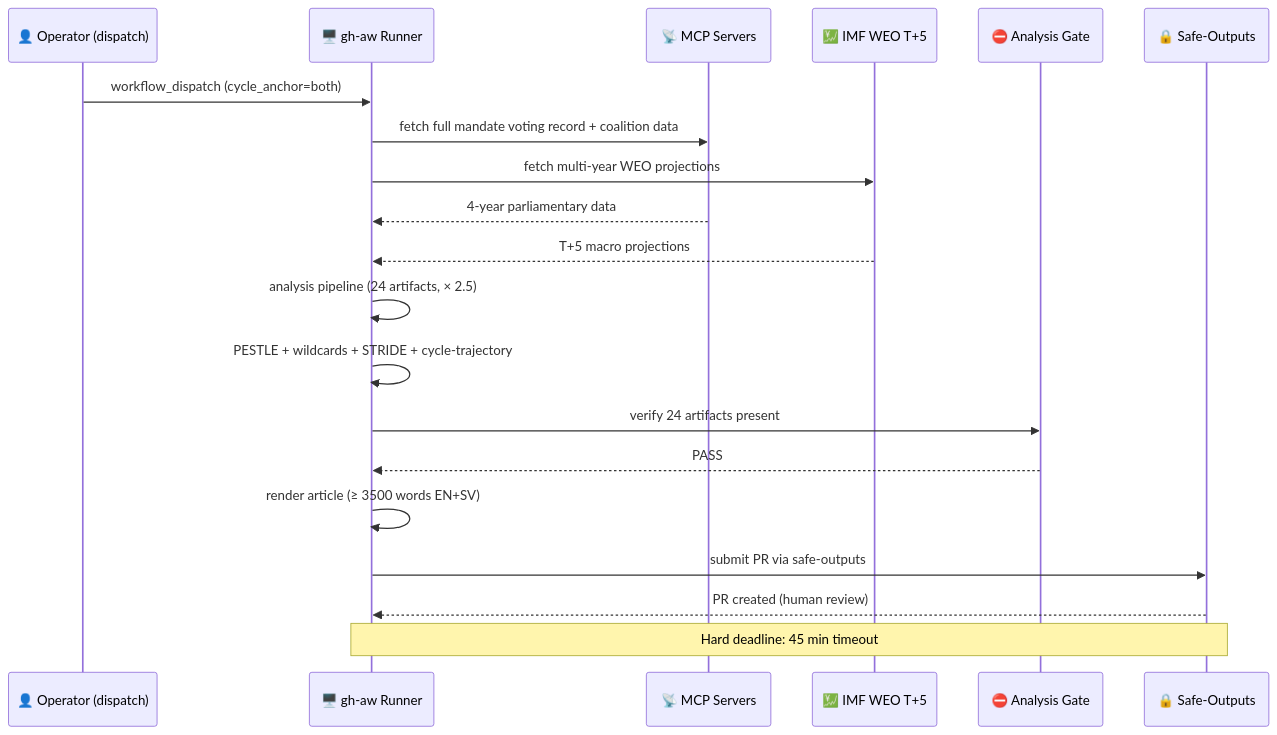
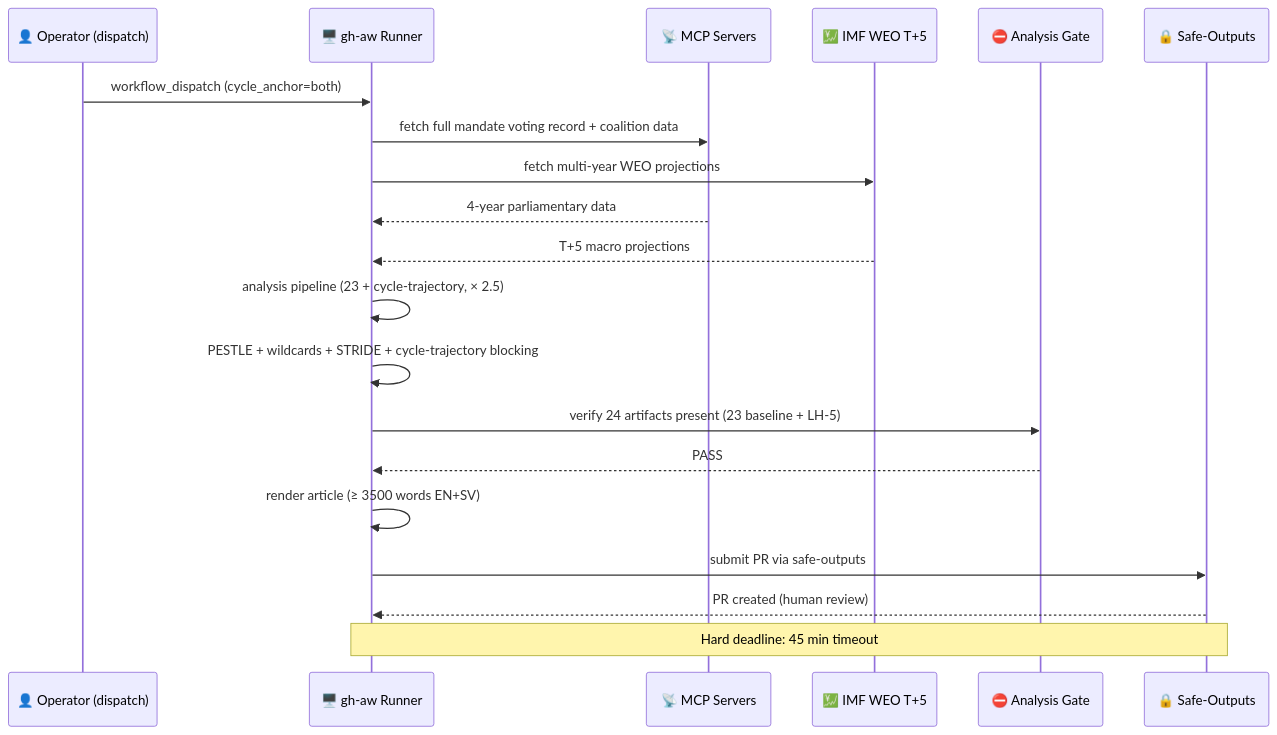
One commit to Hack23/riksdagsmonitor changed diagram 18 of 20 in WORKFLOWS.md. Above: the diagram before and after it, drawn with Mermaid. The commit also changed other lines of this file, not shown here.

````diff
--- a/WORKFLOWS.md
+++ b/WORKFLOWS.md
@@ -1225,23 +1228,23 @@
 ```mermaid
 sequenceDiagram
     participant Op as 👤 Operator (dispatch)
     participant Runner as 🖥️ gh-aw Runner
     participant MCP as 📡 MCP Servers
     participant IMF as 💹 IMF WEO T+5
     participant Gate as ⛔ Analysis Gate
     participant SO as 🔒 Safe-Outputs
 
     Op->>Runner: workflow_dispatch (cycle_anchor=both)
     Runner->>MCP: fetch full mandate voting record + coalition data
     Runner->>IMF: fetch multi-year WEO projections
     MCP-->>Runner: 4-year parliamentary data
     IMF-->>Runner: T+5 macro projections
-    Runner->>Runner: analysis pipeline (24 artifacts, × 2.5)
-    Runner->>Runner: PESTLE + wildcards + STRIDE + cycle-trajectory
-    Runner->>Gate: verify 24 artifacts present
+    Runner->>Runner: analysis pipeline (23 + cycle-trajectory, × 2.5)
+    Runner->>Runner: PESTLE + wildcards + STRIDE + cycle-trajectory blocking
+    Runner->>Gate: verify 24 artifacts present (23 baseline + LH-5)
     Gate-->>Runner: PASS
     Runner->>Runner: render article (≥ 3500 words EN+SV)
     Runner->>SO: submit PR via safe-outputs
     SO-->>Runner: PR created (human review)
     Note over Runner,SO: Hard deadline: 45 min timeout
 ```
````
